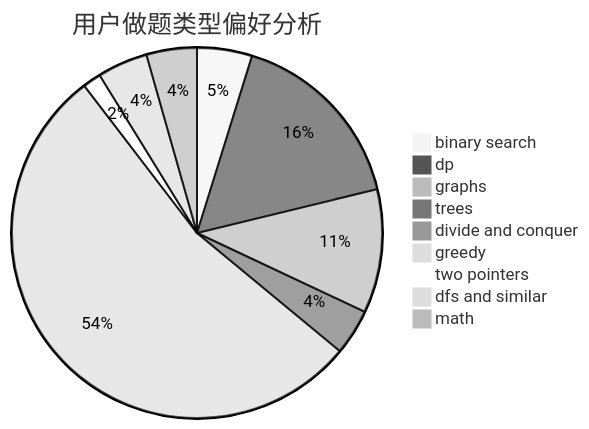
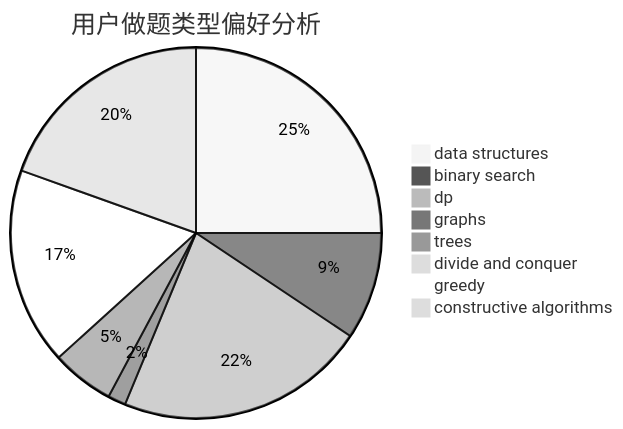
One commit to sherpahu/cfrs.github.io changed the second of 3 diagrams in docs/user/u1072.md. Above: the diagram before and after it, drawn with Mermaid (neutral theme). The commit also changed other lines of this file and 2775 other files, not shown here.

````diff
--- a/docs/user/u1072.md
+++ b/docs/user/u1072.md
@@ -23,12 +23,11 @@
 ```mermaid
 pie title 用户做题类型偏好分析
+    "data structures" :  32
     "binary search" :  12
-    "dp" :  41
-    "graphs" :  27
-    "trees" :  10
+    "dp" :  28
+    "graphs" :  2
+    "trees" :  7
     "divide and conquer" :  0
-    "greedy" :  134
-    "two pointers" :  4
-    "dfs and similar" :  11
-    "math" :  11
+    "greedy" :  22
+    "constructive algorithms" :  25
 ```
````
